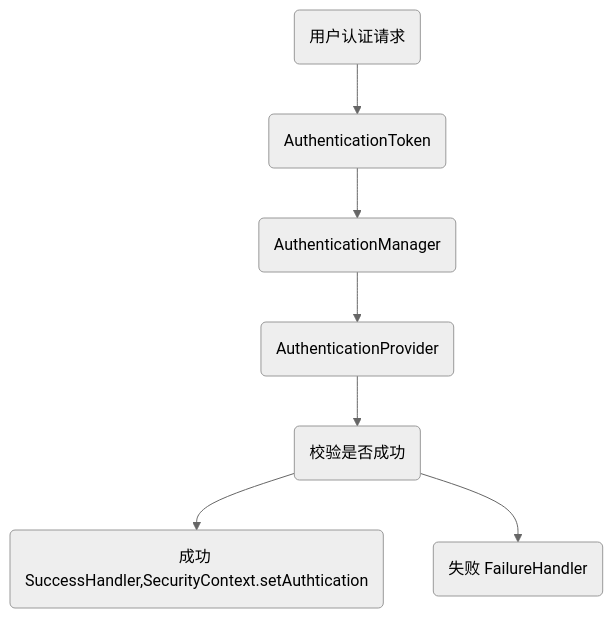
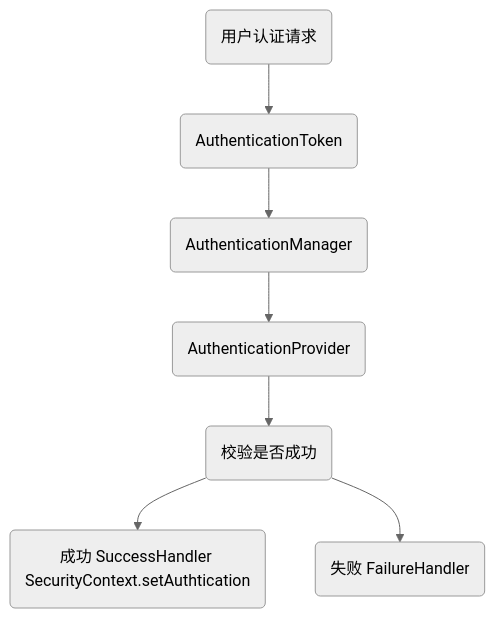
Before and after one commit to a544793138/study-note: the diagram in Spring Security +  JWT.md, drawn with Mermaid (neutral theme). The commit also changed other lines of this file, not shown here.

Commit message:
添加 Spring Boot + Spring Security + JWT 内容

````diff
--- a/Spring Security +  JWT.md
+++ b/Spring Security +  JWT.md
@@ -24,9 +24,9 @@
 ```mermaid
 graph TB
 A(用户认证请求) --> B(AuthenticationToken)
 B --> C(AuthenticationManager)
 C --> D(AuthenticationProvider)
 D --> E(校验是否成功)
-E --> F(成功 SuccessHandler,SecurityContext.setAuthtication)
+E --> F(成功 SuccessHandler SecurityContext.setAuthtication)
 E --> G(失败 FailureHandler)
 ```
````
